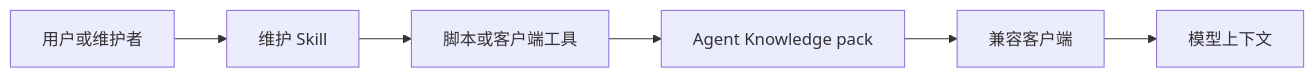
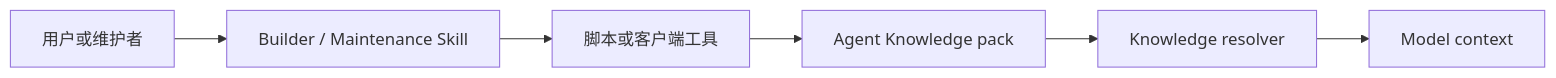
Before and after one commit to limecloud/agentknowledge: the diagram in docs/zh/authoring/skills-interop.md, drawn with Mermaid. The commit also changed other lines of this file and 60 other files, not shown here.

````diff
--- a/docs/zh/authoring/skills-interop.md
+++ b/docs/zh/authoring/skills-interop.md
@@ -17,8 +17,8 @@
 ```mermaid
 flowchart LR
-  User["用户或维护者"] --> Skill["维护 Skill"]
+  User["用户或维护者"] --> Skill["Builder / Maintenance Skill"]
   Skill --> Tool["脚本或客户端工具"]
   Tool --> Pack["Agent Knowledge pack"]
-  Pack --> Client["兼容客户端"]
-  Client --> Model["模型上下文"]
+  Pack --> Resolver["Knowledge resolver"]
+  Resolver --> Model["Model context"]
 ```
````
